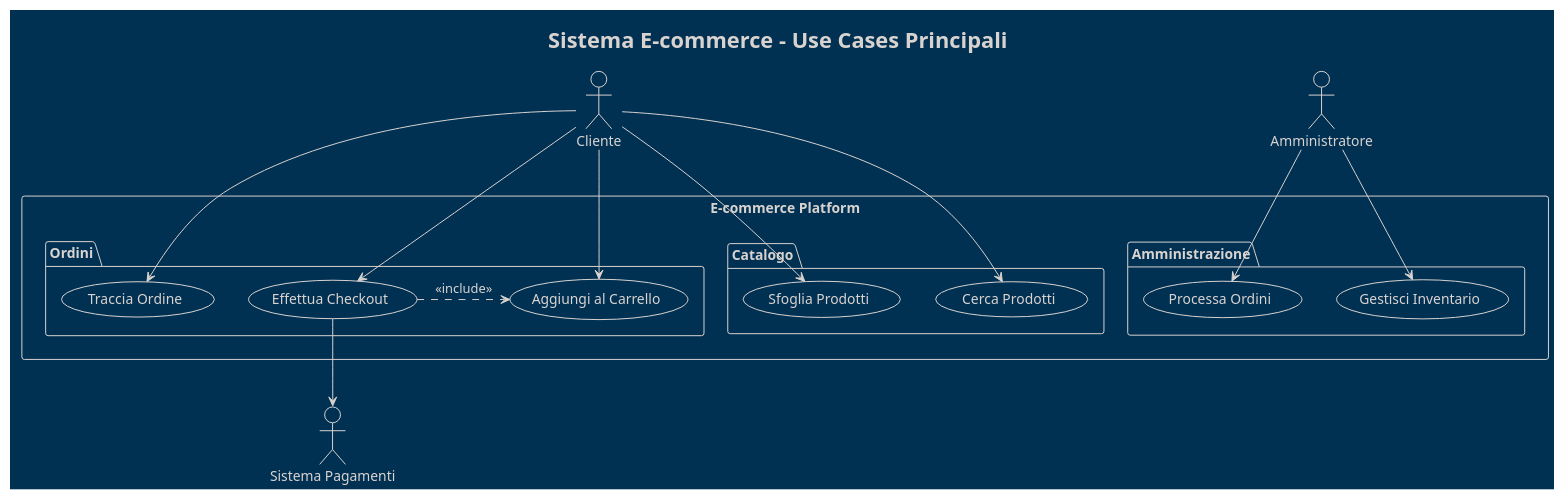
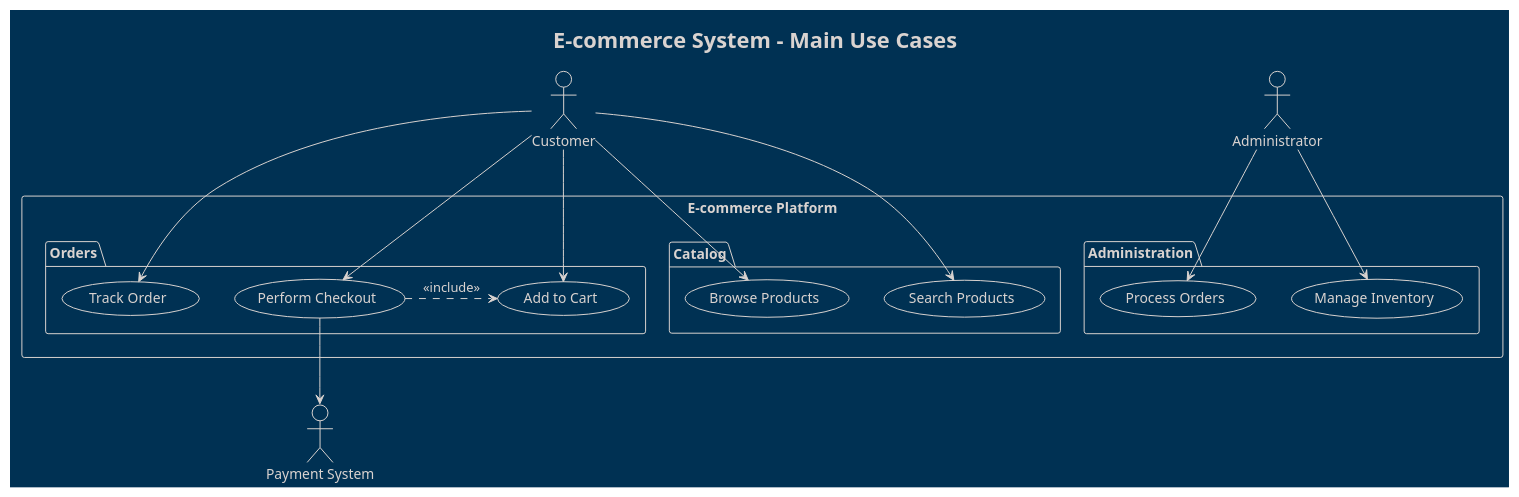
Before and after one commit to Seniorsimo/sas-template: diagram 19 of 21 in 03-behavioral-diagrams/use-case-diagrams/README.md, drawn with PlantUML. The commit also changed other lines of this file and 49 other files, not shown here.

````diff
--- a/03-behavioral-diagrams/use-case-diagrams/README.md
+++ b/03-behavioral-diagrams/use-case-diagrams/README.md
@@ -297,40 +297,40 @@
 ```plantuml
 @startuml
 !theme blueprint
-title Sistema E-commerce - Use Cases Principali
+title E-commerce System - Main Use Cases
 
-actor "Cliente" as C
-actor "Amministratore" as A
-actor "Sistema Pagamenti" as Pay
+actor "Customer" as C
+actor "Administrator" as A
+actor "Payment System" as Pay
 
 rectangle "E-commerce Platform" {
-  package "Catalogo" {
-    usecase "Sfoglia Prodotti" as UC1
-    usecase "Cerca Prodotti" as UC2
+  package "Catalog" {
+    usecase "Browse Products" as UC1
+    usecase "Search Products" as UC2
   }
-  
-  package "Ordini" {
-    usecase "Aggiungi al Carrello" as UC3
-    usecase "Effettua Checkout" as UC4
-    usecase "Traccia Ordine" as UC5
+
+  package "Orders" {
+    usecase "Add to Cart" as UC3
+    usecase "Perform Checkout" as UC4
+    usecase "Track Order" as UC5
   }
-  
-  package "Amministrazione" {
-    usecase "Gestisci Inventario" as UC6
-    usecase "Processa Ordini" as UC7
+
+  package "Administration" {
+    usecase "Manage Inventory" as UC6
+    usecase "Process Orders" as UC7
   }
 }
 
 C --> UC1
 C --> UC2
 C --> UC3
 C --> UC4
 C --> UC5
 
 A --> UC6
 A --> UC7
 
 UC4 --> Pay
 UC4 .> UC3 : <<include>>
 @enduml
 ```
````
